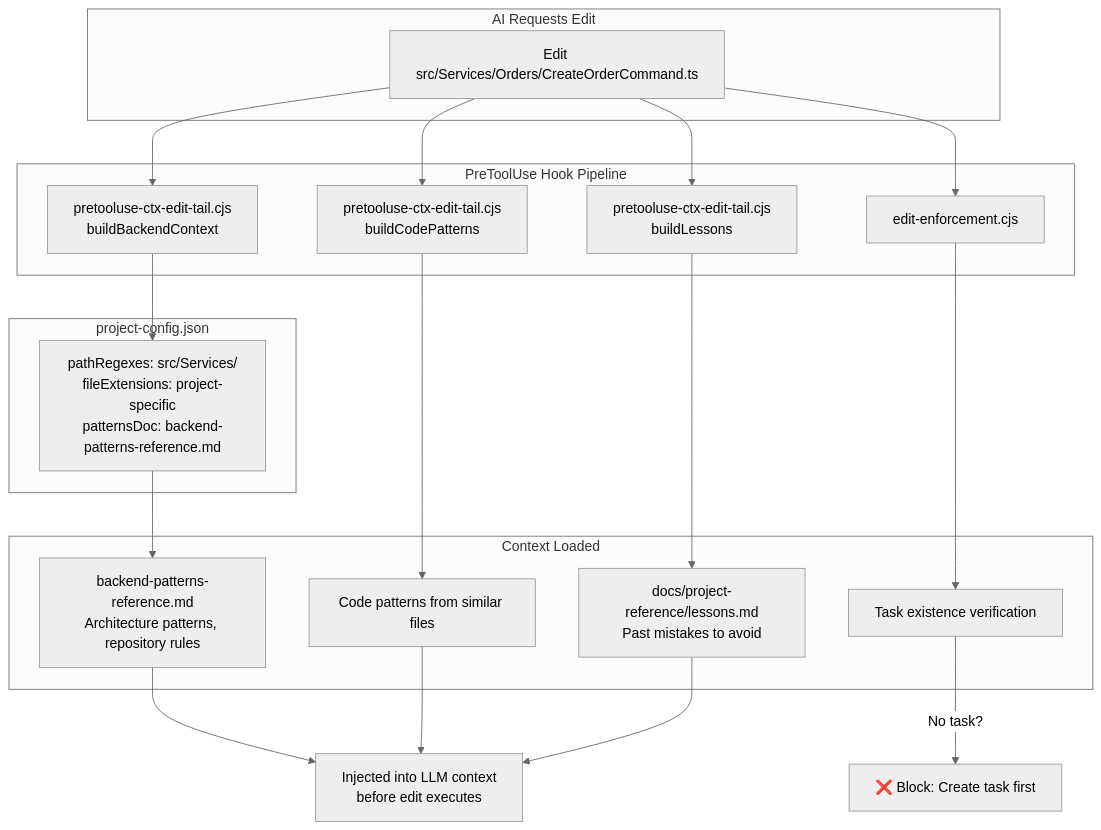
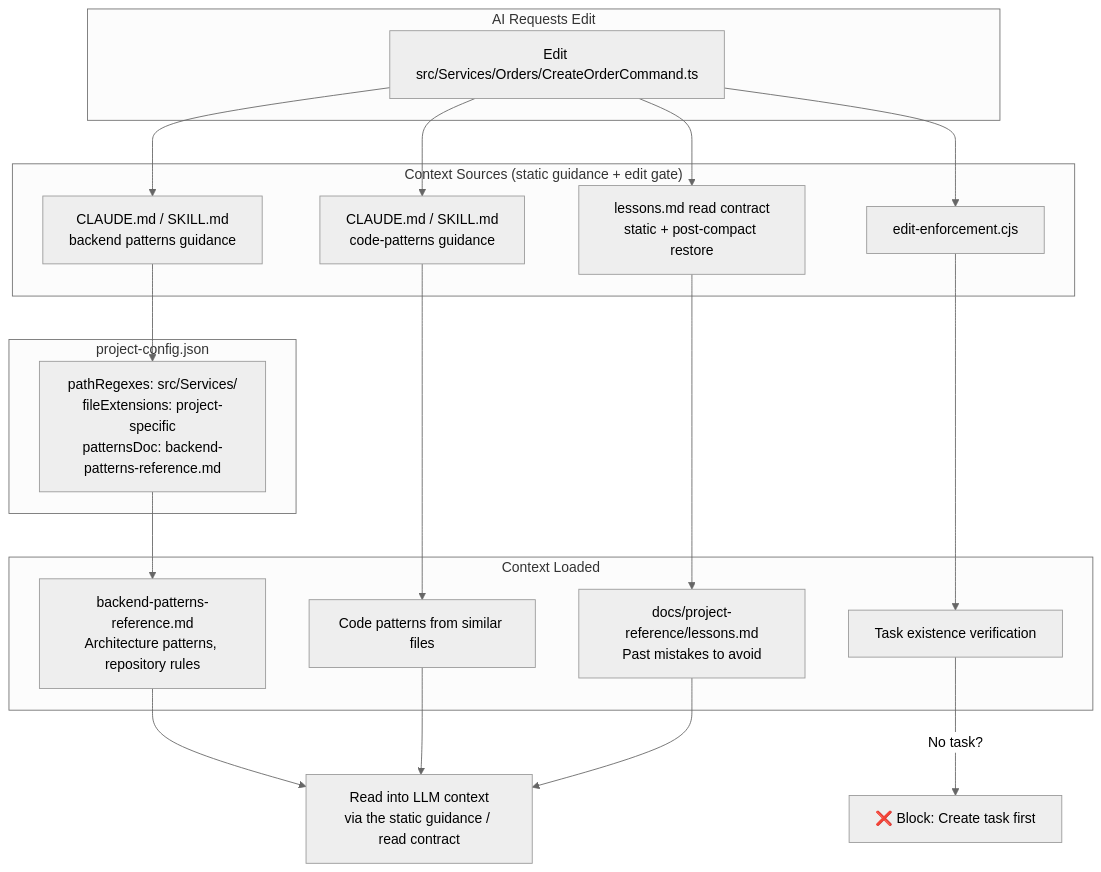
Before and after one commit to duc01226/easy-claude: the fourth of 20 diagrams in .claude/docs/claude-ai-agent-framework-guide.md, drawn with Mermaid (neutral theme). The commit also changed other lines of this file and 43 other files, not shown here.

````diff
--- a/.claude/docs/claude-ai-agent-framework-guide.md
+++ b/.claude/docs/claude-ai-agent-framework-guide.md
@@ -376,34 +359,34 @@
 ```mermaid
 graph TB
     subgraph "AI Requests Edit"
         E[Edit src/Services/Orders/CreateOrderCommand.ts]
     end
 
-    subgraph "PreToolUse Hook Pipeline"
-        BC[pretooluse-ctx-edit-tail.cjs<br/>buildBackendContext]
-        CP[pretooluse-ctx-edit-tail.cjs<br/>buildCodePatterns]
-        LI[pretooluse-ctx-edit-tail.cjs<br/>buildLessons]
+    subgraph "Context Sources (static guidance + edit gate)"
+        BC[CLAUDE.md / SKILL.md<br/>backend patterns guidance]
+        CP[CLAUDE.md / SKILL.md<br/>code-patterns guidance]
+        LI[lessons.md read contract<br/>static + post-compact restore]
         EE[edit-enforcement.cjs]
     end
 
     subgraph "Context Loaded"
         P1[backend-patterns-reference.md<br/>Architecture patterns, repository rules]
         P2[Code patterns from similar files]
         P3[docs/project-reference/lessons.md<br/>Past mistakes to avoid]
         P5[Task existence verification]
     end
 
     subgraph "project-config.json"
         PC[pathRegexes: src/Services/<br/>fileExtensions: project-specific<br/>patternsDoc: backend-patterns-reference.md]
     end
 
     E --> BC & CP & LI & EE
     BC --> PC
     PC --> P1
     CP --> P2
     LI --> P3
     EE --> P5
 
-    P1 & P2 & P3 --> INJ[Injected into LLM context<br/>before edit executes]
+    P1 & P2 & P3 --> INJ[Read into LLM context<br/>via the static guidance / read contract]
     P5 -->|No task?| BLOCK2[❌ Block: Create task first]
 ```
````
